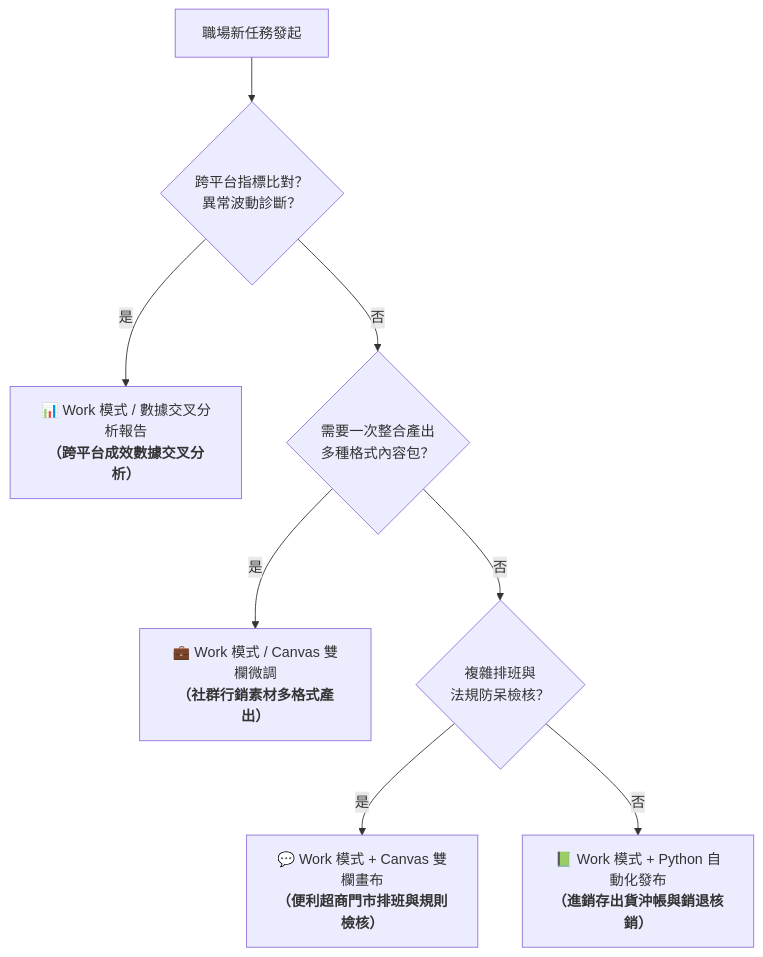
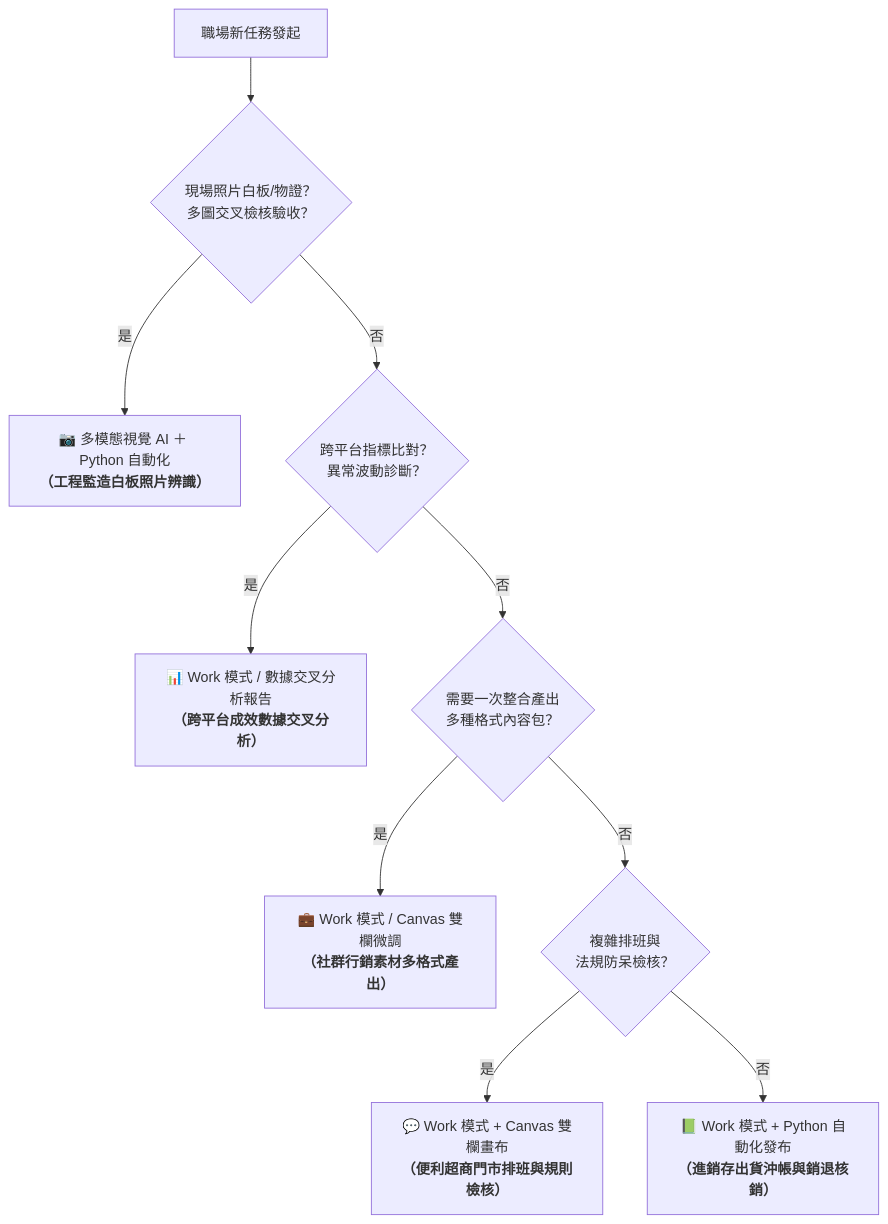
The diagram in 常見的AI應用/實戰範例/README.md (roberthsu2003/workflow-productivity), drawn with Mermaid before and after one commit. The commit also changed other lines of this file, not shown here.

````diff
--- a/常見的AI應用/實戰範例/README.md
+++ b/常見的AI應用/實戰範例/README.md
@@ -90,10 +129,12 @@
 ```mermaid
 flowchart TD
-    Start["職場新任務發起"] --> Q1{"跨平台指標比對？<br>異常波動診斷？"}
+    Start["職場新任務發起"] --> Q0{"現場照片白板/物證？<br>多圖交叉檢核驗收？"}
+    Q0 -- 是 --> Tool0["📷 多模態視覺 AI ＋ Python 自動化<br><b>（工程監造白板照片辨識）</b>"]
+    Q0 -- 否 --> Q1{"跨平台指標比對？<br>異常波動診斷？"}
     Q1 -- 是 --> Tool1["📊 Work 模式 / 數據交叉分析報告<br><b>（跨平台成效數據交叉分析）</b>"]
     Q1 -- 否 --> Q2{"需要一次整合產出<br>多種格式內容包？"}
     Q2 -- 是 --> Tool2["💼 Work 模式 / Canvas 雙欄微調<br><b>（社群行銷素材多格式產出）</b>"]
     Q2 -- 否 --> Q3{"複雜排班與<br>法規防呆檢核？"}
     Q3 -- 是 --> Tool3["💬 Work 模式 + Canvas 雙欄畫布<br><b>（便利超商門市排班與規則檢核）</b>"]
     Q3 -- 否 --> Tool4["📗 Work 模式 + Python 自動化發布<br><b>（進銷存出貨沖帳與銷退核銷）</b>"]
 ```
````
